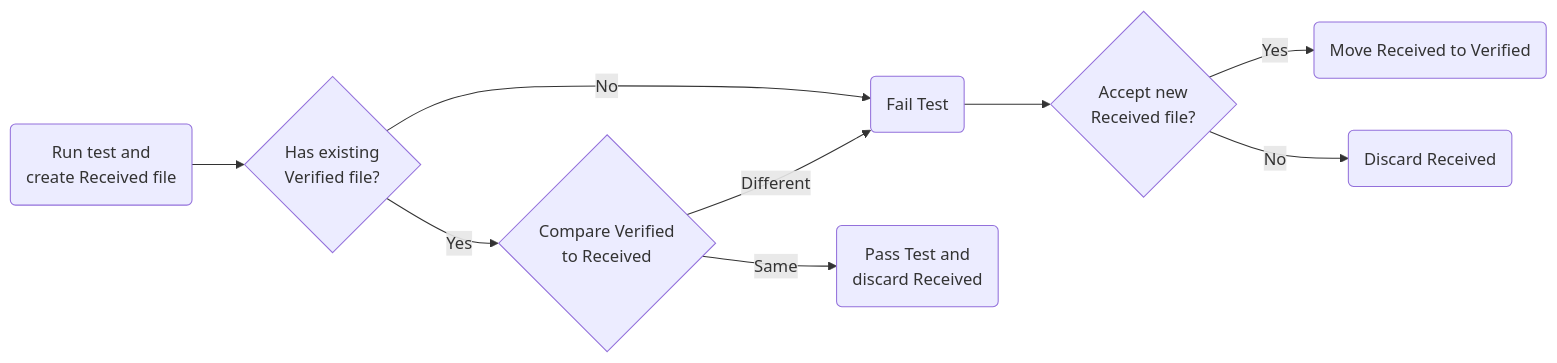
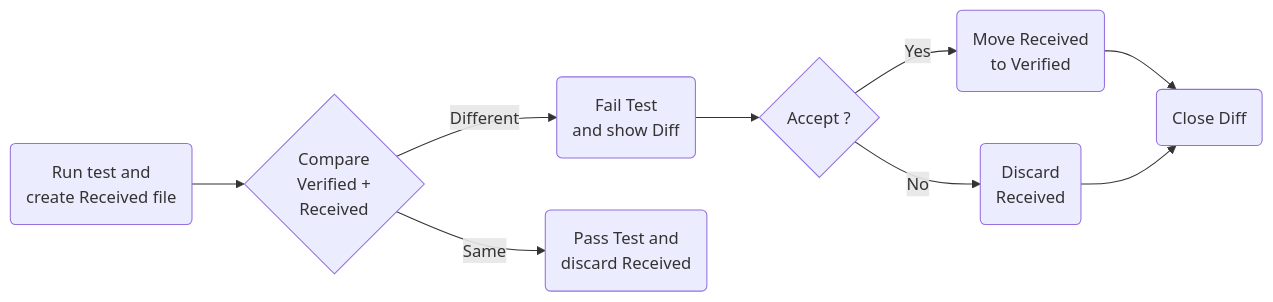
Before and after one commit to VerifyTests/Verify.Sample: the second of 2 diagrams in runsheet.md, drawn with Mermaid. The commit also changed other lines of this file, not shown here.

````diff
--- a/runsheet.md
+++ b/runsheet.md
@@ -11,20 +31,20 @@
 ```mermaid
 graph LR
 run(Run test and<br/>create Received file)
-hasSnapshot{Has existing<br/>Verified file?}
-hasSnapshot-- No -->failTest
-failTest(Fail Test)
-run-->hasSnapshot
-shouldAccept{Accept new<br/>Received file?}
+closeDiff(Close Diff)
+failTest(Fail Test<br/>and show Diff)
+run-->isSame
+shouldAccept{Accept ?}
 failTest-->shouldAccept
-accept(Move Received to Verified)
+accept(Move Received<br/>to Verified)
 shouldAccept-- Yes -->accept
-discard(Discard Received)
+discard(Discard<br/>Received)
 shouldAccept-- No -->discard
 
-isSame{Compare Verified<br/>to Received}
-hasSnapshot-- Yes -->isSame
+isSame{Compare<br/>Verified +<br/>Received}
 passTest(Pass Test and<br/>discard Received)
 isSame-- Same --> passTest
 isSame-- Different --> failTest
+accept-->closeDiff
+discard-->closeDiff
 ```
````
